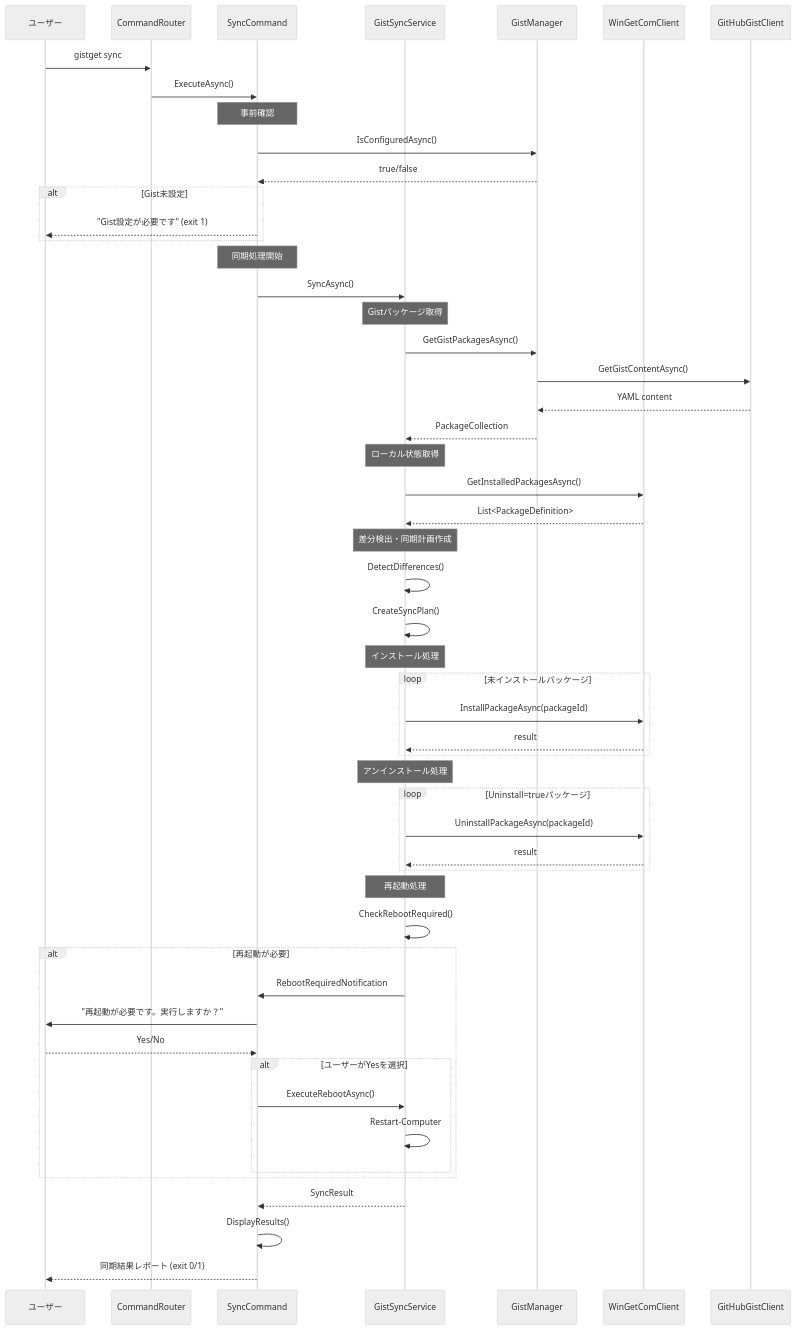
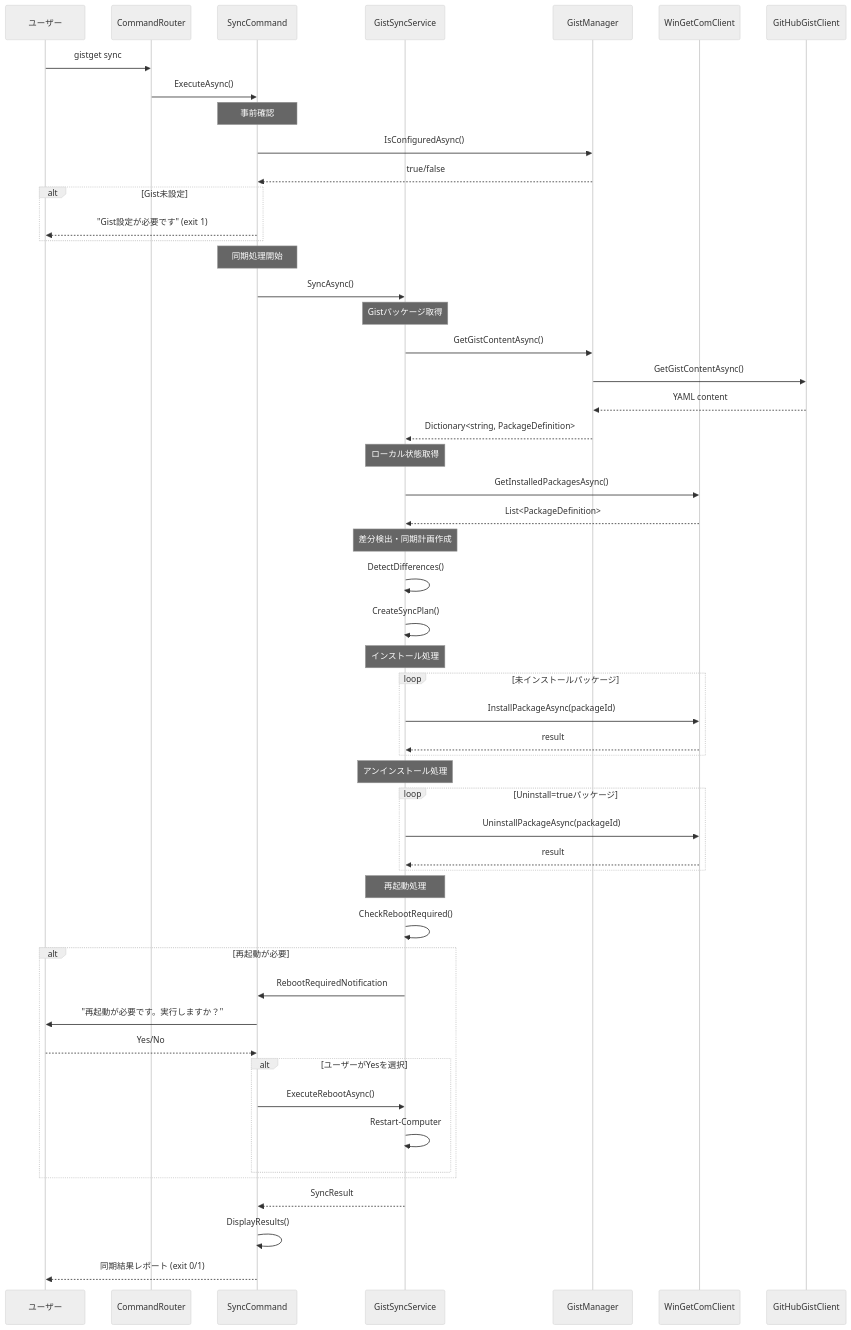
Before and after one commit to nuitsjp/GistGet: the diagram in docs/gistget/sync.md, drawn with Mermaid (neutral theme). The commit also changed other lines of this file and 10 other files, not shown here.

````diff
--- a/docs/gistget/sync.md
+++ b/docs/gistget/sync.md
@@ -93,66 +93,66 @@
 ```mermaid
 sequenceDiagram
     participant User as ユーザー
     participant Router as CommandRouter
     participant SyncCmd as SyncCommand
     participant SyncSvc as GistSyncService
     participant GistMgr as GistManager
     participant WinGetClient as WinGetComClient
     participant GitHubClient as GitHubGistClient
 
     User->>Router: gistget sync
     Router->>SyncCmd: ExecuteAsync()
     
     note over SyncCmd: 事前確認
     SyncCmd->>GistMgr: IsConfiguredAsync()
     GistMgr-->>SyncCmd: true/false
     
     alt Gist未設定
         SyncCmd-->>User: "Gist設定が必要です" (exit 1)
     end
     
     note over SyncCmd: 同期処理開始
     SyncCmd->>SyncSvc: SyncAsync()
     
     note over SyncSvc: Gistパッケージ取得
-    SyncSvc->>GistMgr: GetGistPackagesAsync()
+    SyncSvc->>GistMgr: GetGistContentAsync()
     GistMgr->>GitHubClient: GetGistContentAsync()
     GitHubClient-->>GistMgr: YAML content
-    GistMgr-->>SyncSvc: PackageCollection
+    GistMgr-->>SyncSvc: Dictionary<string, PackageDefinition>
     
     note over SyncSvc: ローカル状態取得
     SyncSvc->>WinGetClient: GetInstalledPackagesAsync()
     WinGetClient-->>SyncSvc: List<PackageDefinition>
     
     note over SyncSvc: 差分検出・同期計画作成
     SyncSvc->>SyncSvc: DetectDifferences()
     SyncSvc->>SyncSvc: CreateSyncPlan()
     
     note over SyncSvc: インストール処理
     loop 未インストールパッケージ
         SyncSvc->>WinGetClient: InstallPackageAsync(packageId)
         WinGetClient-->>SyncSvc: result
     end
     
     note over SyncSvc: アンインストール処理
     loop Uninstall=trueパッケージ
         SyncSvc->>WinGetClient: UninstallPackageAsync(packageId)
         WinGetClient-->>SyncSvc: result
     end
     
     note over SyncSvc: 再起動処理
     SyncSvc->>SyncSvc: CheckRebootRequired()
     alt 再起動が必要
         SyncSvc->>SyncCmd: RebootRequiredNotification
         SyncCmd->>User: "再起動が必要です。実行しますか？"
         User-->>SyncCmd: Yes/No
         alt ユーザーがYesを選択
             SyncCmd->>SyncSvc: ExecuteRebootAsync()
             SyncSvc->>SyncSvc: Restart-Computer
         end
     end
     
     SyncSvc-->>SyncCmd: SyncResult
     SyncCmd->>SyncCmd: DisplayResults()
     SyncCmd-->>User: 同期結果レポート (exit 0/1)
 ```
````
